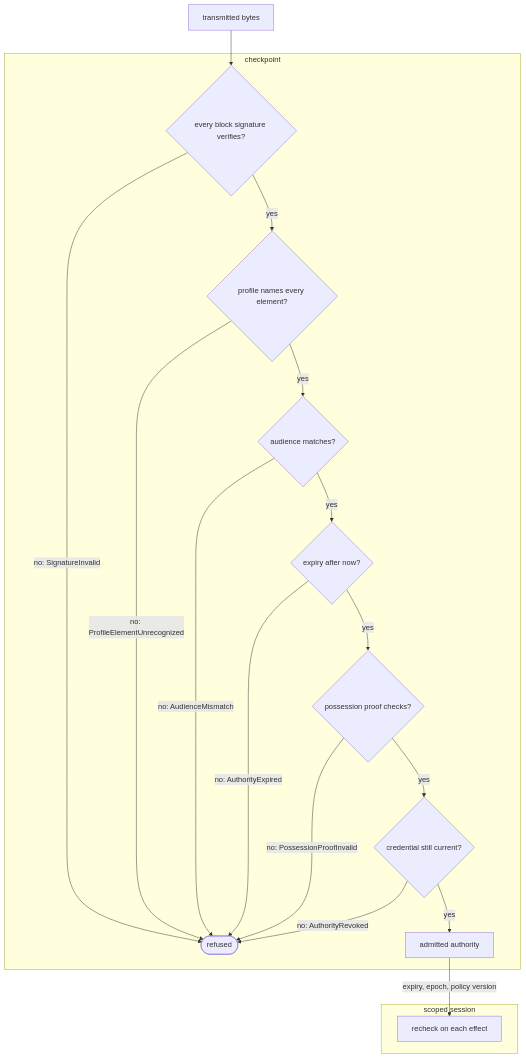
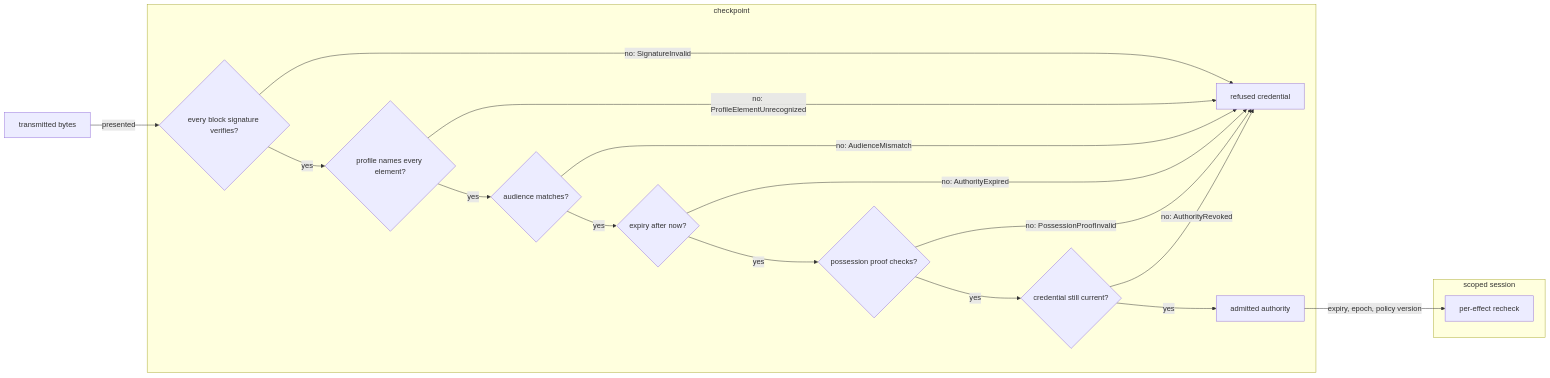
The fifth of 5 diagrams in spec/50-authority.md (fractalboxdev/contextful), drawn with Mermaid before and after one commit. The commit also changed other lines of this file and 31 other files, not shown here.

First line of the commit message:
spec: every diagram draws things as nodes and what flows as labelled edges

````diff
--- a/spec/50-authority.md
+++ b/spec/50-authority.md
@@ -500,23 +486,23 @@
 ```mermaid
-flowchart TD
-  A["transmitted bytes"] --> B
+flowchart LR
+  A["transmitted bytes"] -- "presented" --> B
   subgraph CPZ["checkpoint"]
     B{"every block signature verifies?"}
-    B -- "no: SignatureInvalid" --> R(["refused"])
-    B -- yes --> C{"profile names every element?"}
+    B -- "no: SignatureInvalid" --> R["refused credential"]
+    B -- "yes" --> C{"profile names every element?"}
     C -- "no: ProfileElementUnrecognized" --> R
-    C -- yes --> D{"audience matches?"}
+    C -- "yes" --> D{"audience matches?"}
     D -- "no: AudienceMismatch" --> R
-    D -- yes --> E{"expiry after now?"}
+    D -- "yes" --> E{"expiry after now?"}
     E -- "no: AuthorityExpired" --> R
-    E -- yes --> F{"possession proof checks?"}
+    E -- "yes" --> F{"possession proof checks?"}
     F -- "no: PossessionProofInvalid" --> R
-    F -- yes --> G{"credential still current?"}
+    F -- "yes" --> G{"credential still current?"}
     G -- "no: AuthorityRevoked" --> R
-    G -- yes --> H["admitted authority"]
+    G -- "yes" --> H["admitted authority"]
   end
   subgraph SESS["scoped session"]
-    J["recheck on each effect"]
+    J["per-effect recheck"]
   end
   H -- "expiry, epoch, policy version" --> J
 ```
````
